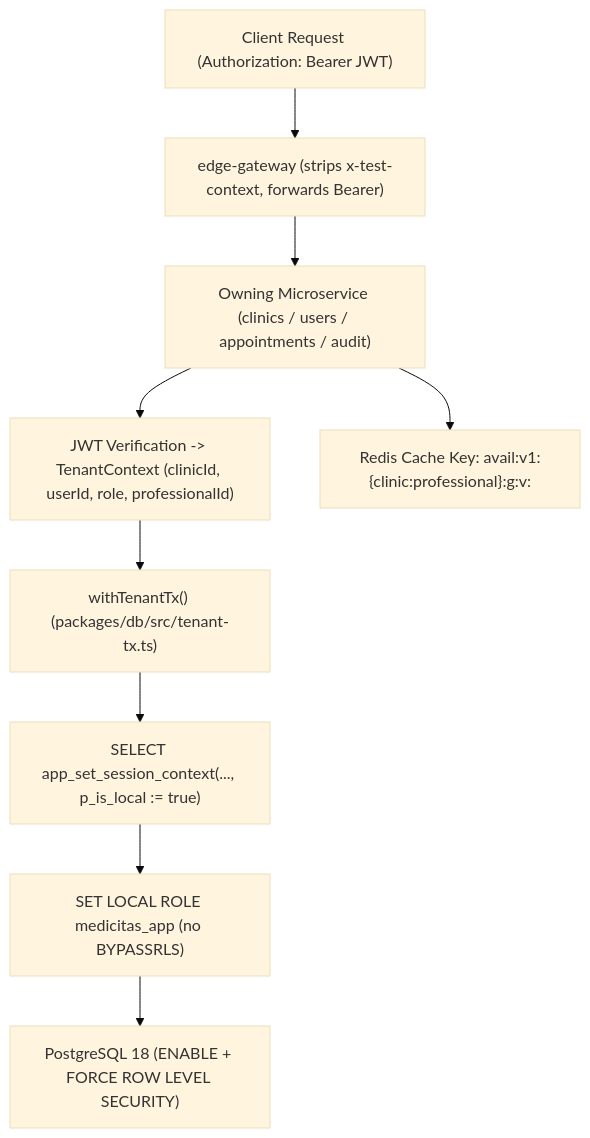
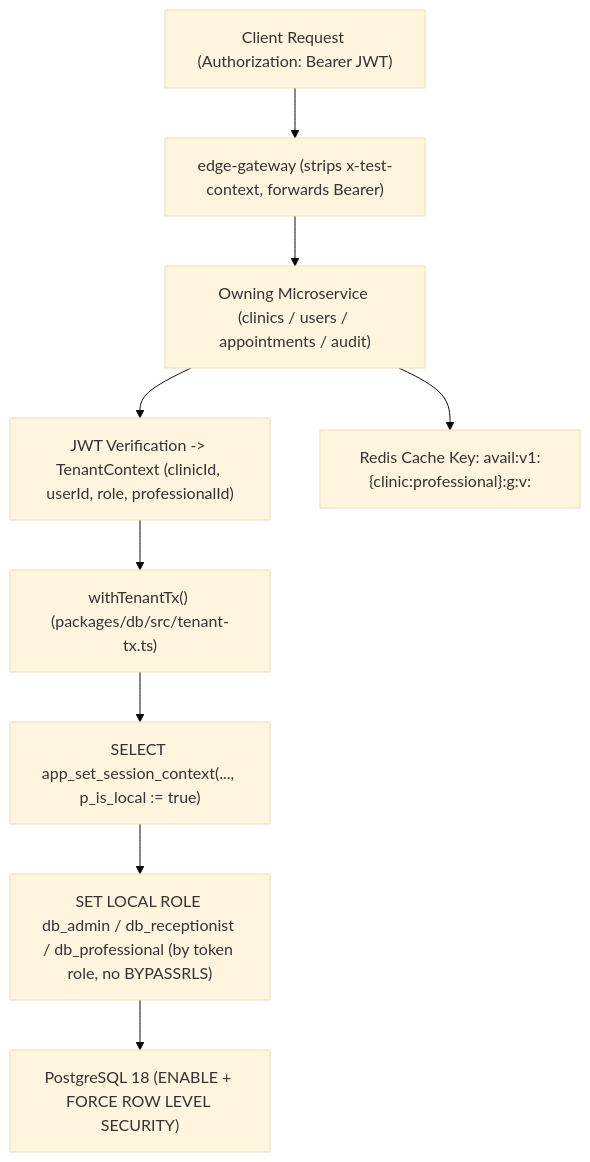
Before and after one commit to ErikZF/MediCitas: the diagram in docs/multitenancy.md, drawn with Mermaid (base theme). The commit also changed other lines of this file and 37 other files, not shown here.

````diff
--- a/docs/multitenancy.md
+++ b/docs/multitenancy.md
@@ -13,12 +13,12 @@
 ```mermaid
 flowchart TD
     Caller["Client Request (Authorization: Bearer JWT)"] --> Gateway["edge-gateway (strips x-test-context, forwards Bearer)"]
     Gateway --> Service["Owning Microservice (clinics / users / appointments / audit)"]
     Service --> Auth["JWT Verification -> TenantContext (clinicId, userId, role, professionalId)"]
     Auth --> Tx["withTenantTx() (packages/db/src/tenant-tx.ts)"]
     Tx --> GUC["SELECT app_set_session_context(..., p_is_local := true)"]
-    GUC --> Role["SET LOCAL ROLE medicitas_app (no BYPASSRLS)"]
+    GUC --> Role["SET LOCAL ROLE db_admin / db_receptionist / db_professional (by token role, no BYPASSRLS)"]
     Role --> RLS["PostgreSQL 18 (ENABLE + FORCE ROW LEVEL SECURITY)"]
 
     Service --> Cache["Redis Cache Key: avail:v1:{clinic:professional}:g<gen>:v<ver>:<date>"]
 ```
````
